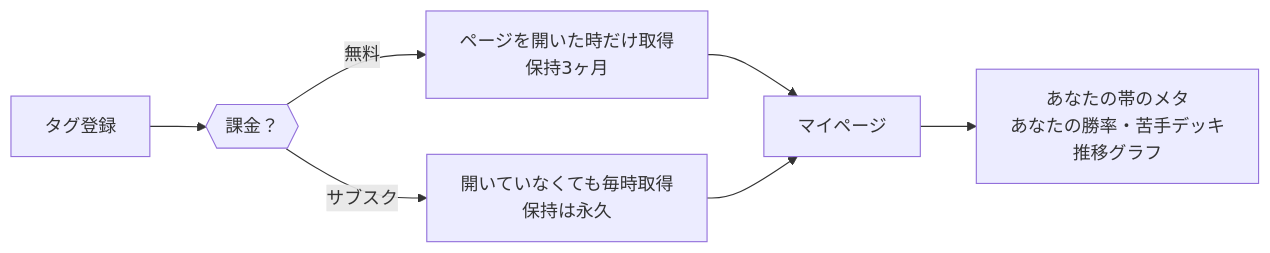
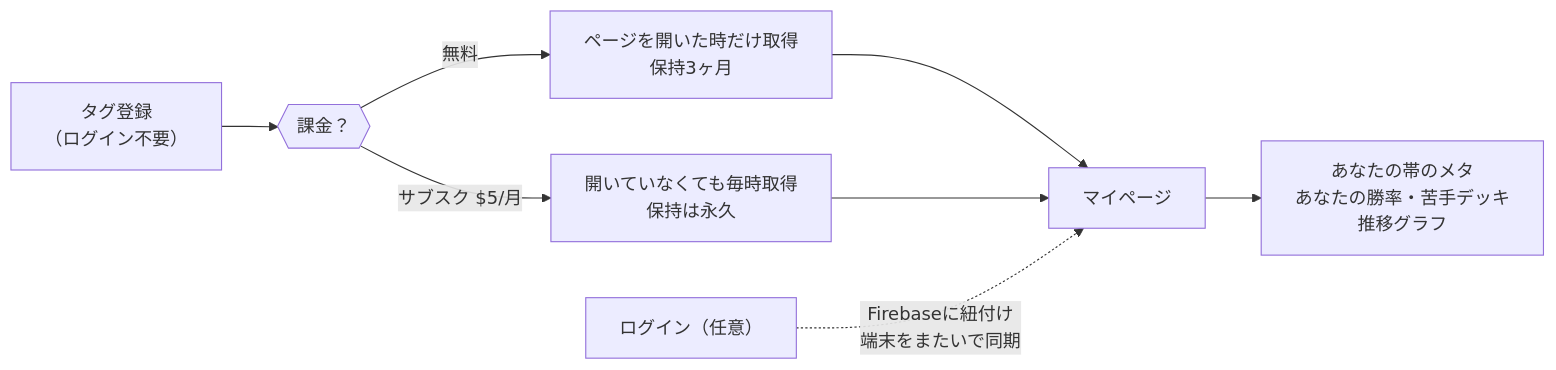
The diagram in docs/monetization.md (rea-fi-lia/clash-royale-deck), drawn with Mermaid before and after one commit. The commit also changed other lines of this file, not shown here.

````diff
--- a/docs/monetization.md
+++ b/docs/monetization.md
@@ -24,9 +24,10 @@
 ```mermaid
 flowchart LR
-  T["タグ登録"] --> P{{"課金？"}}
+  T["タグ登録<br/>（ログイン不要）"] --> P{{"課金？"}}
   P -->|無料| F["ページを開いた時だけ取得<br/>保持3ヶ月"]
-  P -->|サブスク| S["開いていなくても毎時取得<br/>保持は永久"]
+  P -->|"サブスク $5/月"| S["開いていなくても毎時取得<br/>保持は永久"]
   F --> M["マイページ"]
   S --> M
   M --> V["あなたの帯のメタ<br/>あなたの勝率・苦手デッキ<br/>推移グラフ"]
+  L["ログイン（任意）"] -.->|"Firebaseに紐付け<br/>端末をまたいで同期"| M
 ```
````
